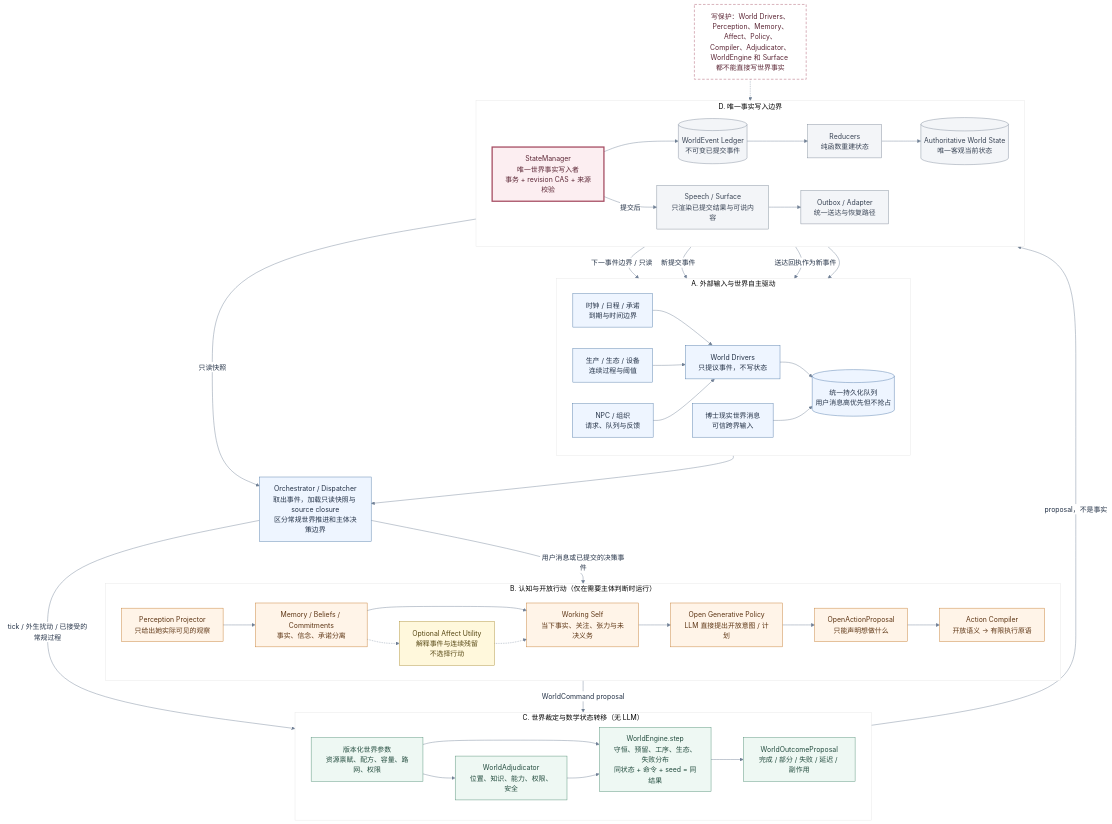
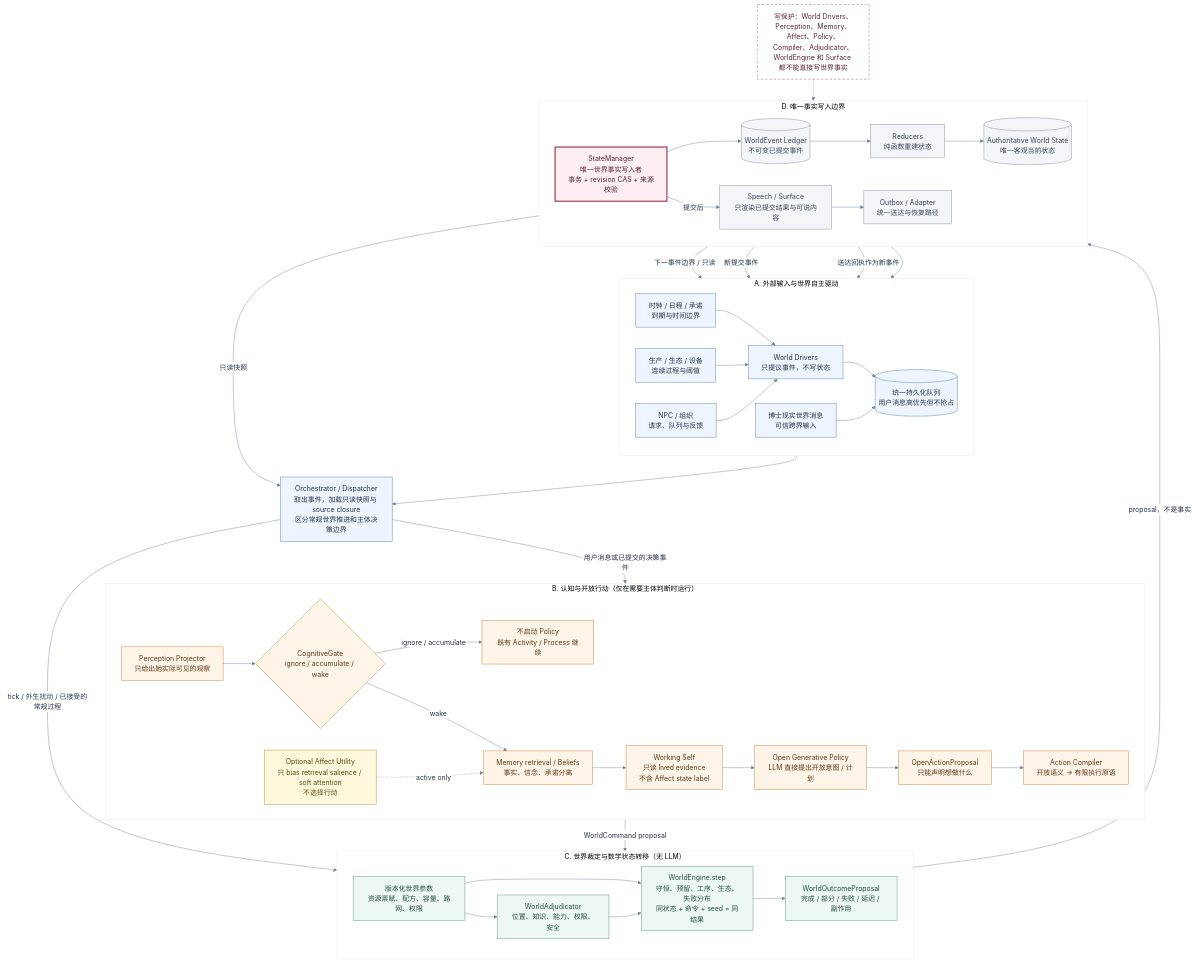
Before and after one commit to yanyuliu01/gf: the diagram in world-interaction-structure-v1.mmd, drawn with Mermaid. The commit also changed 16 other files, not shown here.

```diff
--- a/world-interaction-structure-v1.mmd
+++ b/world-interaction-structure-v1.mmd
@@ -1,85 +1,89 @@
 %%{init: {"theme":"base","themeVariables":{"background":"#f7f9fc","primaryColor":"#ffffff","primaryTextColor":"#243247","primaryBorderColor":"#cbd5e1","lineColor":"#718096","fontFamily":"Microsoft YaHei, Segoe UI, sans-serif"}}}%%
 flowchart TB
   subgraph SOURCES["A. 外部输入与世界自主驱动"]
     direction LR
     DOCTOR["博士现实世界消息<br/>可信跨界输入"]
     CLOCK["时钟 / 日程 / 承诺<br/>到期与时间边界"]
     PROCESS["生产 / 生态 / 设备<br/>连续过程与阈值"]
     NPC["NPC / 组织<br/>请求、队列与反馈"]
     DRIVERS["World Drivers<br/>只提议事件，不写状态"]
     QUEUE[("统一持久化队列<br/>用户消息高优先但不抢占")]
     CLOCK --> DRIVERS
     PROCESS --> DRIVERS
     NPC --> DRIVERS
     DRIVERS --> QUEUE
     DOCTOR --> QUEUE
   end
 
   ORCH["Orchestrator / Dispatcher<br/>取出事件，加载只读快照与 source closure<br/>区分常规世界推进和主体决策边界"]
   QUEUE --> ORCH
 
   subgraph COGNITION["B. 认知与开放行动（仅在需要主体判断时运行）"]
     direction LR
     PERCEPTION["Perception Projector<br/>只给出她实际可见的观察"]
-    MEMORY["Memory / Beliefs / Commitments<br/>事实、信念、承诺分离"]
-    AFFECT["Optional Affect Utility<br/>解释事件与连续残留<br/>不选择行动"]
-    SELF["Working Self<br/>当下事实、关注、张力与未决义务"]
+    GATE{"CognitiveGate<br/>ignore / accumulate / wake"}
+    DEFER["不启动 Policy<br/>既有 Activity / Process 继续"]
+    MEMORY["Memory retrieval / Beliefs<br/>事实、信念、承诺分离"]
+    AFFECT["Optional Affect Utility<br/>只 bias retrieval salience / soft attention<br/>不选择行动"]
+    SELF["Working Self<br/>只读 lived evidence<br/>不含 Affect state label"]
     POLICY["Open Generative Policy<br/>LLM 直接提出开放意图 / 计划"]
     ACTION["OpenActionProposal<br/>只能声明想做什么"]
     COMPILER["Action Compiler<br/>开放语义 -> 有限执行原语"]
-    PERCEPTION --> MEMORY --> SELF --> POLICY --> ACTION --> COMPILER
-    MEMORY -.-> AFFECT -.-> SELF
+    PERCEPTION --> GATE
+    GATE -->|"ignore / accumulate"| DEFER
+    GATE -->|"wake"| MEMORY --> SELF --> POLICY --> ACTION --> COMPILER
+    AFFECT -.->|"active only"| MEMORY
   end
 
   ORCH -->|"用户消息或已提交的决策事件"| PERCEPTION
 
   subgraph TRANSITION["C. 世界裁定与数学状态转移（无 LLM）"]
     direction LR
     LAWS["版本化世界参数<br/>资源禀赋、配方、容量、路网、权限"]
     ADJ["WorldAdjudicator<br/>位置、知识、能力、权限、安全"]
     ENGINE["WorldEngine.step<br/>守恒、预留、工序、生态、失败分布<br/>同状态 + 命令 + seed = 同结果"]
     OUTCOME["WorldOutcomeProposal<br/>完成 / 部分 / 失败 / 延迟 / 副作用"]
     LAWS --> ADJ
     LAWS --> ENGINE
     ADJ --> ENGINE --> OUTCOME
   end
 
   ORCH -->|"tick / 外生扰动 / 已接受的常规过程"| ENGINE
   COMPILER -->|"WorldCommand proposal"| ADJ
 
   subgraph COMMIT["D. 唯一事实写入边界"]
     direction LR
     WRITER["StateManager<br/>唯一世界事实写入者<br/>事务 + revision CAS + 来源校验"]
     LEDGER[("WorldEvent Ledger<br/>不可变已提交事件")]
     REDUCERS["Reducers<br/>纯函数重建状态"]
     STATE[("Authoritative World State<br/>唯一客观当前状态")]
     SURFACE["Speech / Surface<br/>只渲染已提交结果与可说内容"]
     OUTBOX["Outbox / Adapter<br/>统一送达与恢复路径"]
     WRITER --> LEDGER --> REDUCERS --> STATE
     WRITER -->|"提交后"| SURFACE --> OUTBOX
   end
 
   OUTCOME -->|"proposal，不是事实"| WRITER
   STATE -->|"只读快照"| ORCH
   STATE -->|"下一事件边界 / 只读"| DRIVERS
   WRITER -->|"新提交事件"| QUEUE
   OUTBOX -->|"送达回执作为新事件"| QUEUE
   OUTBOX --> DOCTOR
 
   READONLY["写保护：World Drivers、Perception、Memory、Affect、Policy、Compiler、Adjudicator、WorldEngine 和 Surface 都不能直接写世界事实"]
   READONLY -.-> WRITER
 
   classDef input fill:#eef5ff,stroke:#4f79a8,color:#243247;
   classDef cognition fill:#fff4e8,stroke:#c47a2c,color:#5e3615;
   classDef affect fill:#fff8dc,stroke:#aa8b2f,color:#564713;
   classDef world fill:#eef8f3,stroke:#4d8c72,color:#234c3e;
   classDef commit fill:#f3f5f8,stroke:#7d8998,color:#394455;
   classDef writer fill:#fceef1,stroke:#a64d63,color:#5c2635,stroke-width:3px;
   classDef note fill:#ffffff,stroke:#a64d63,color:#5c2635,stroke-dasharray:6 4;
   class DOCTOR,CLOCK,PROCESS,NPC,DRIVERS,QUEUE,ORCH input;
-  class PERCEPTION,MEMORY,SELF,POLICY,ACTION,COMPILER cognition;
+  class PERCEPTION,GATE,DEFER,MEMORY,SELF,POLICY,ACTION,COMPILER cognition;
   class AFFECT affect;
   class LAWS,ADJ,ENGINE,OUTCOME world;
   class LEDGER,REDUCERS,STATE,SURFACE,OUTBOX commit;
   class WRITER writer;
   class READONLY note;
```
